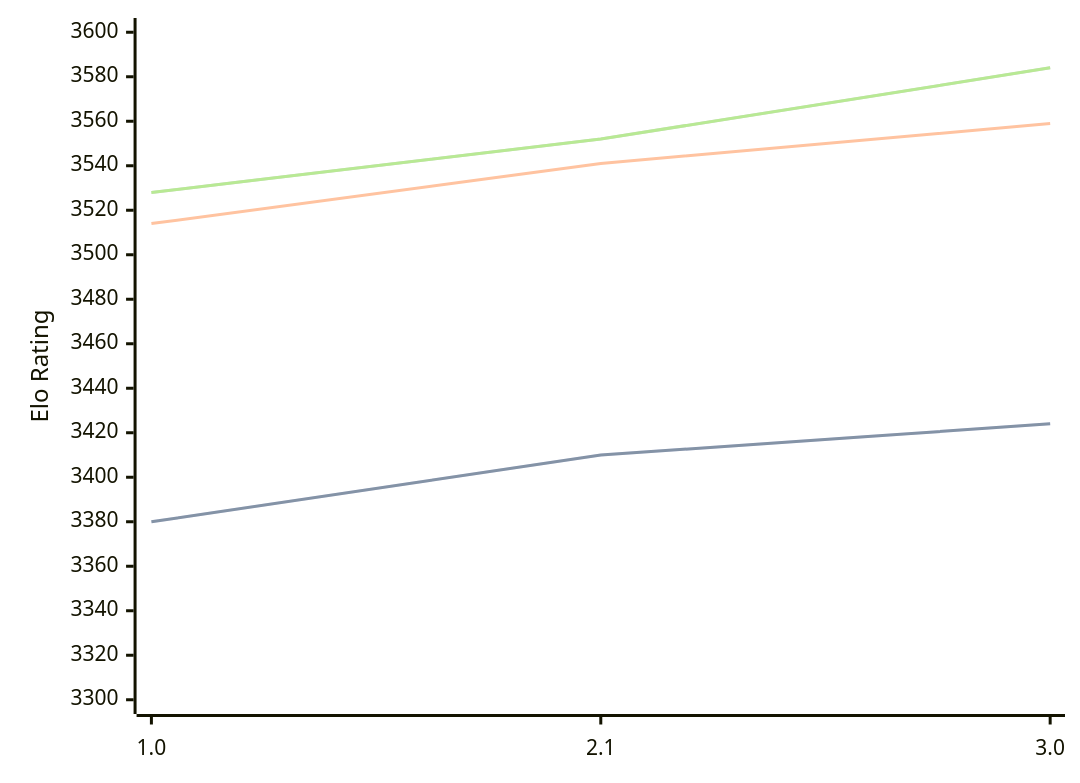
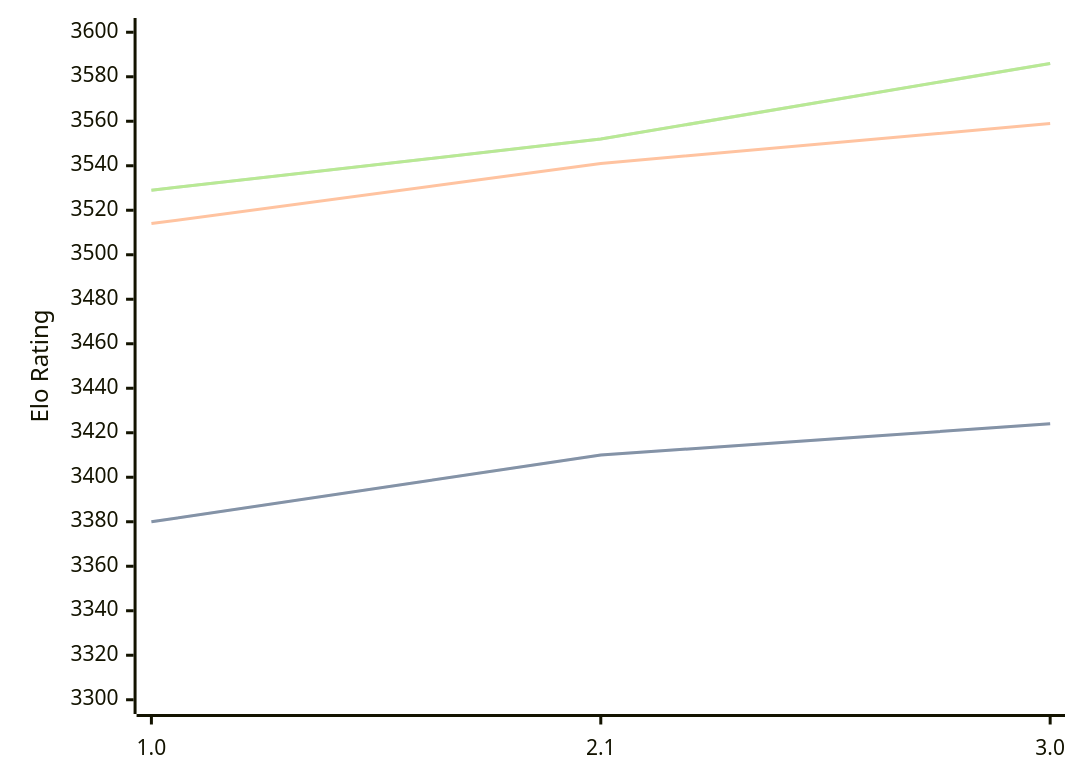
One commit to computer-chess-index/cci changed the diagram in engines/Hobbes.md. Above: the diagram before and after it, drawn with Mermaid. The commit also changed other lines of this file, not shown here.

Commit message:
Update CCI Ratings (ELO VLTC) - 2026-09-25

````diff
--- a/engines/Hobbes.md
+++ b/engines/Hobbes.md
@@ -33,11 +33,11 @@
 ```mermaid
 %%{init: {"theme":"base","themeVariables":{"seriesColors:['#a3a3a3','#222221','#faa371']}}}%%
 xychart-beta
   x-axis ["1.0", "2.1", "3.0"]
   y-axis "Elo Rating" 3300 --> 3600
   line "" [3380, 3410, 3424]
   line "STC (8.0+0.08s)" [3380, 3410, 3424]
   line "LTC (60.0+0.60s)" [3514, 3541, 3559]
-  line "" [3528, 3552, 3584]
-  line "VLTC (2m24s+1.12s)" [3528, 3552, 3584]
+  line "" [3529, 3552, 3586]
+  line "VLTC (2m24s+1.12s)" [3529, 3552, 3586]
 ```
````
